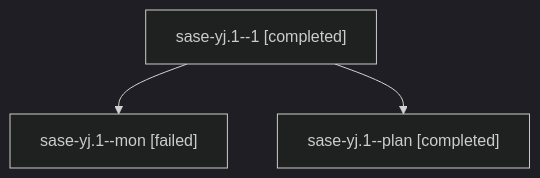
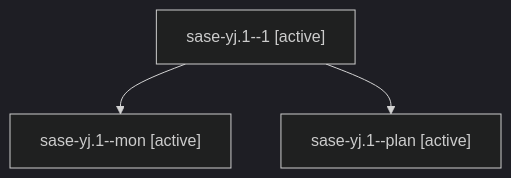
The diagram in families/bbugyi200.athena.sase-yj.1.md (sase-org/sase--agents), drawn with Mermaid (dark theme) before and after one commit. The commit also changed other lines of this file and 35830 other files, not shown here.

````diff
--- a/families/bbugyi200.athena.sase-yj.1.md
+++ b/families/bbugyi200.athena.sase-yj.1.md
@@ -9,8 +9,8 @@
 ```mermaid
 flowchart TD
-  n0["sase-yj.1--1 [completed]"]
-  n1["sase-yj.1--mon [failed]"]
+  n0["sase-yj.1--1 [active]"]
+  n1["sase-yj.1--mon [active]"]
   n0 --> n1
-  n2["sase-yj.1--plan [completed]"]
+  n2["sase-yj.1--plan [active]"]
   n0 --> n2
 ```
````
